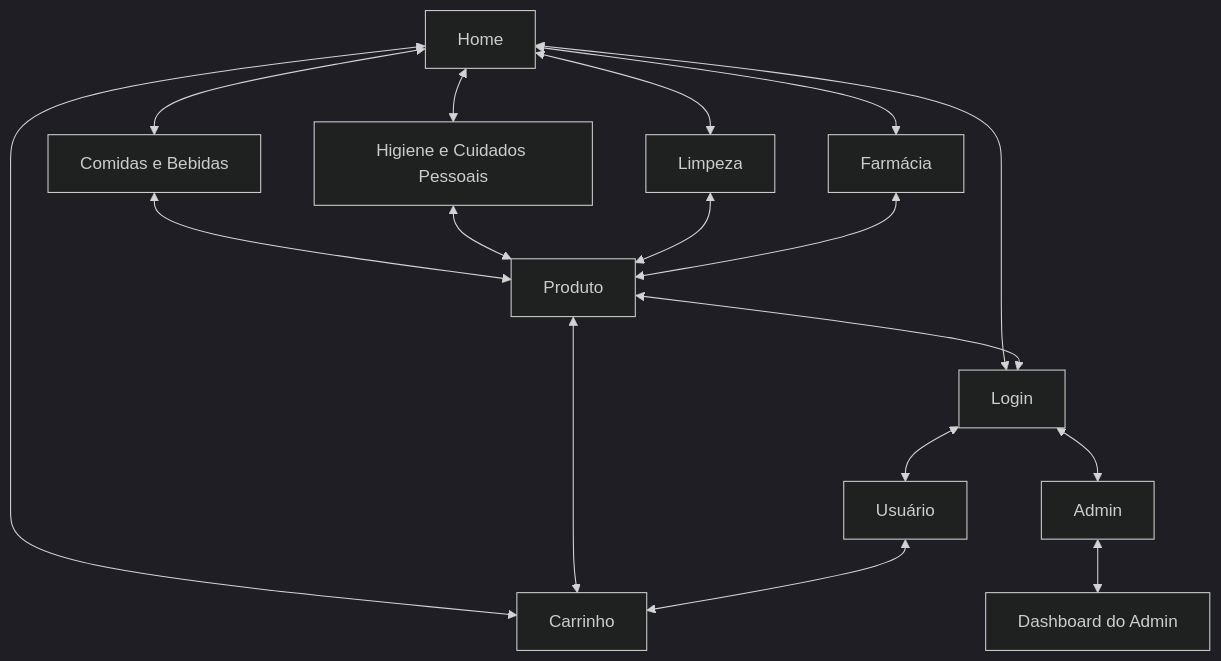
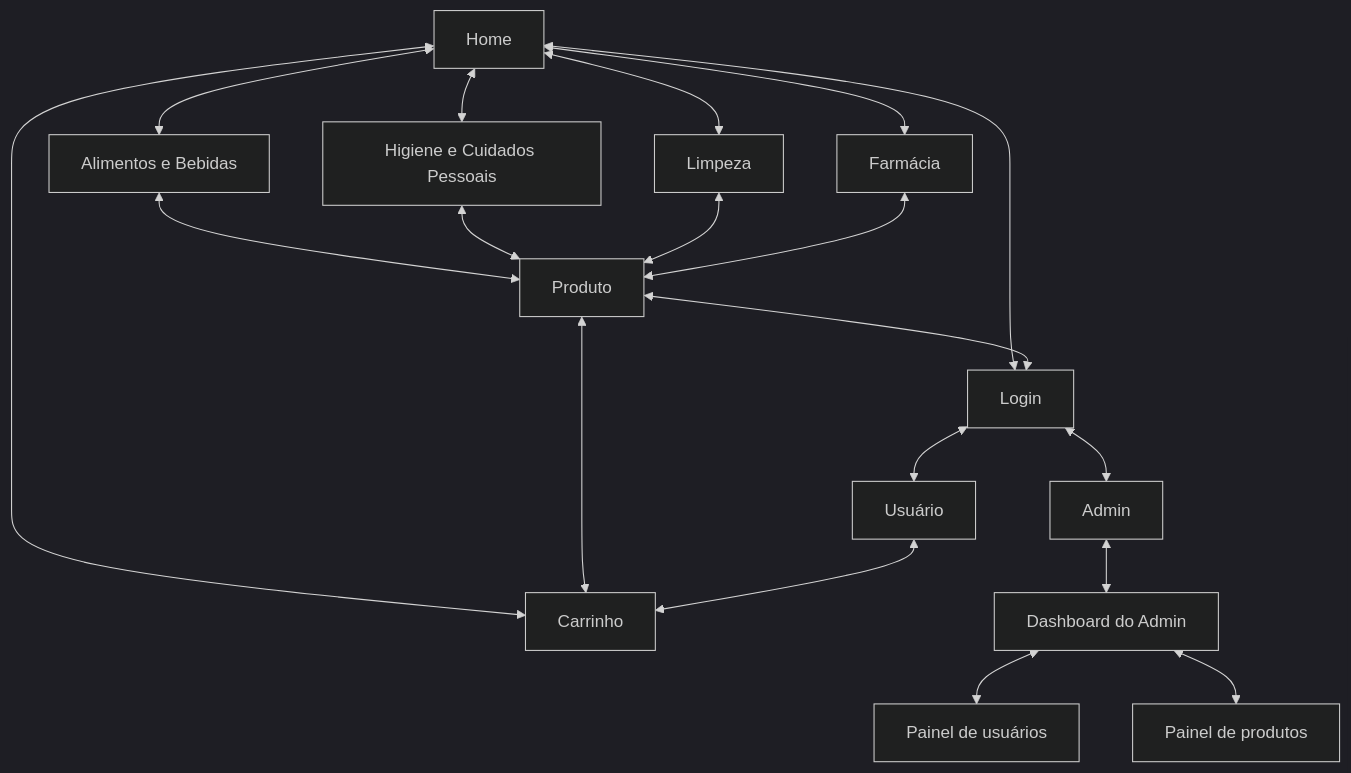
The diagram in README.md (joaopgodoy/online_store_project), drawn with Mermaid (dark theme) before and after one commit.

Commit message:
NEW: mockup images and diagram adjusts

````diff
--- a/README.md
+++ b/README.md
@@ -45,43 +45,48 @@
 ```mermaid
 graph TD
   Home[Home]
-  Comidas[Comidas e Bebidas]
+  Alimentos[Alimentos e Bebidas]
   Higiene[Higiene e Cuidados Pessoais]
   Limpeza[Limpeza]
   Farmacia[Farmácia]
   Produto[Produto]
   Carrinho[Carrinho]
   Login[Login]
   Usuario[Usuário]
   Admin[Admin]
   Dashboard[Dashboard do Admin]
+  PainelUsuarios[Painel de usuários]
+  PainelProdutos[Painel de produtos]
 
   %% Ligações
-  Home <--> Comidas
+  Home <--> Alimentos
   Home <--> Higiene
   Home <--> Limpeza
   Home <--> Farmacia
   Home <--> Carrinho
   Home <--> Login
 
-  Comidas <--> Produto
+  Alimentos <--> Produto
   Higiene <--> Produto
   Limpeza <--> Produto
   Farmacia <--> Produto
 
   Produto <--> Carrinho
   Produto <--> Login
 
   Login <--> Usuario
   Usuario <--> Carrinho
 
   Login <--> Admin
   Admin <--> Dashboard
 
+  Dashboard <--> PainelUsuarios
+  Dashboard <--> PainelProdutos
+
   %% Links nos nós
   click Home "https://github.com/joaopgodoy/online_store_project/blob/main/mockups/index_01.png" _blank
   click Carrinho "https://github.com/joaopgodoy/online_store_project/blob/main/mockups/cart.png" _blank
   click Login "https://github.com/joaopgodoy/online_store_project/blob/main/mockups/login.png" _blank
 
 
 ```
````
